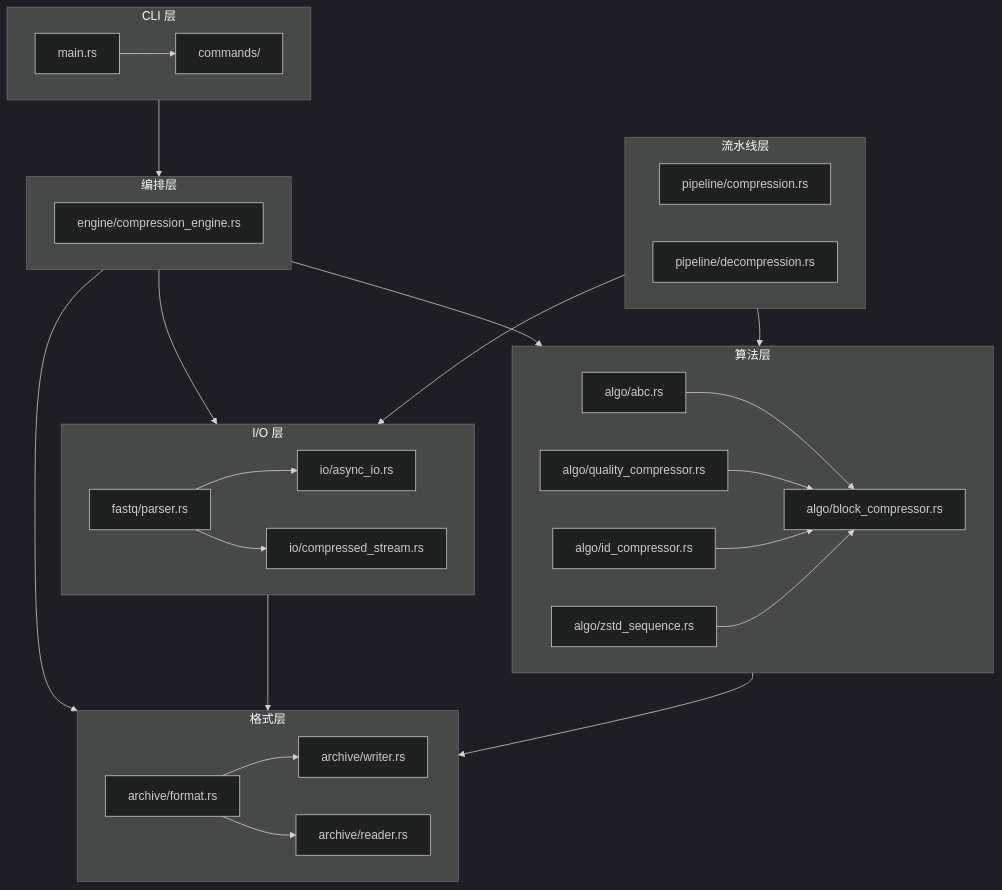
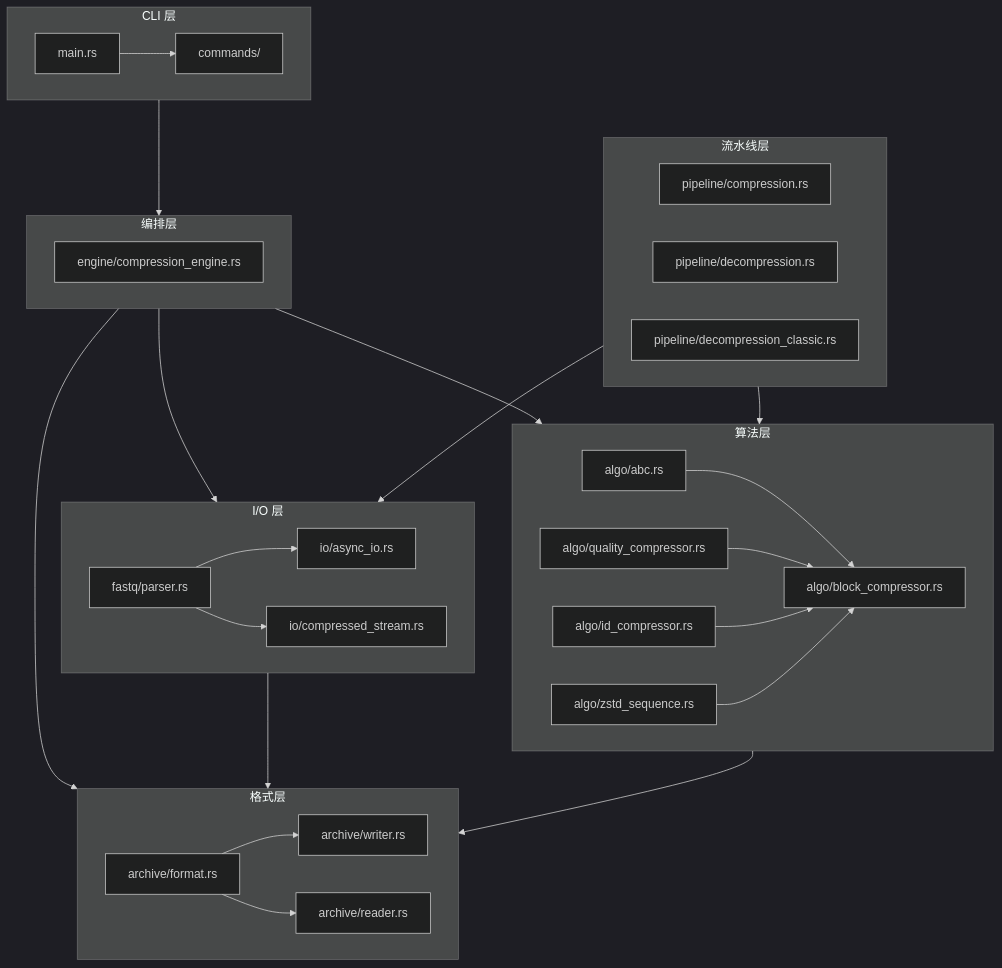
The first of 2 diagrams in docs/explanation/architecture/overview.md (open-genomics/fq-compressor-rust), drawn with Mermaid (dark theme) before and after one commit. The commit also changed 2 other files, not shown here.

Commit message:
docs: 同步架构图与 CHANGELOG，勾选收敛计划 DoD（T4 收尾）
- docs/explanation/architecture/overview.md 流水线层补
  pipeline/decompression_classic.rs 节点
- CHANGELOG [Unreleased] 记录 T4 架构收敛（行为不变，7 路径→骨架，
  run_paired 并行，豁免清零，bin 复用 lib target）
- subagents/plans/2026-10-01-architecture-convergence.md 完成定义全部勾选

````diff
--- a/docs/explanation/architecture/overview.md
+++ b/docs/explanation/architecture/overview.md
@@ -7,41 +7,42 @@
 ```mermaid
 flowchart TD
     subgraph CLI["CLI 层"]
         M[main.rs] --> CMD[commands/]
     end
     
     subgraph IO["I/O 层"]
         FP[fastq/parser.rs] --> ASYNC[io/async_io.rs]
         FP --> CS[io/compressed_stream.rs]
     end
     
     subgraph FORMAT["格式层"]
         FR[archive/format.rs] --> FW[archive/writer.rs]
         FR --> FR2[archive/reader.rs]
     end
     
     subgraph ENGINE["编排层"]
         CE[engine/compression_engine.rs]
     end
     
     subgraph ALGO["算法层"]
         ABC[algo/abc.rs] --> BC[algo/block_compressor.rs]
         QC[algo/quality_compressor.rs] --> BC
         IC[algo/id_compressor.rs] --> BC
         ZS[algo/zstd_sequence.rs] --> BC
     end
     
     subgraph PIPELINE["流水线层"]
         PL_COMP[pipeline/compression.rs]
         PL_DECOMP[pipeline/decompression.rs]
+        PL_DECOMP2[pipeline/decompression_classic.rs]
     end
     
     CLI --> ENGINE
     ENGINE --> IO
     ENGINE --> ALGO
     ENGINE --> FORMAT
     IO --> FORMAT
     ALGO --> FORMAT
     PIPELINE --> ALGO
     PIPELINE --> IO
 ```
````
